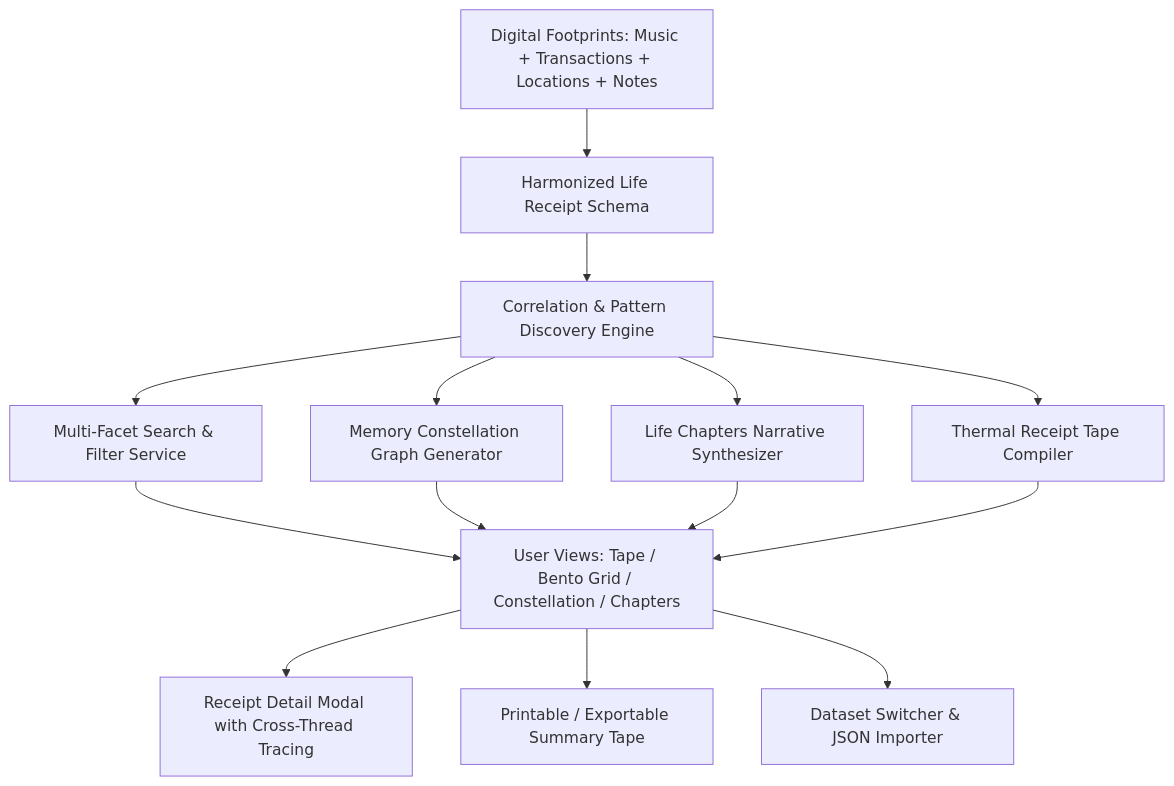
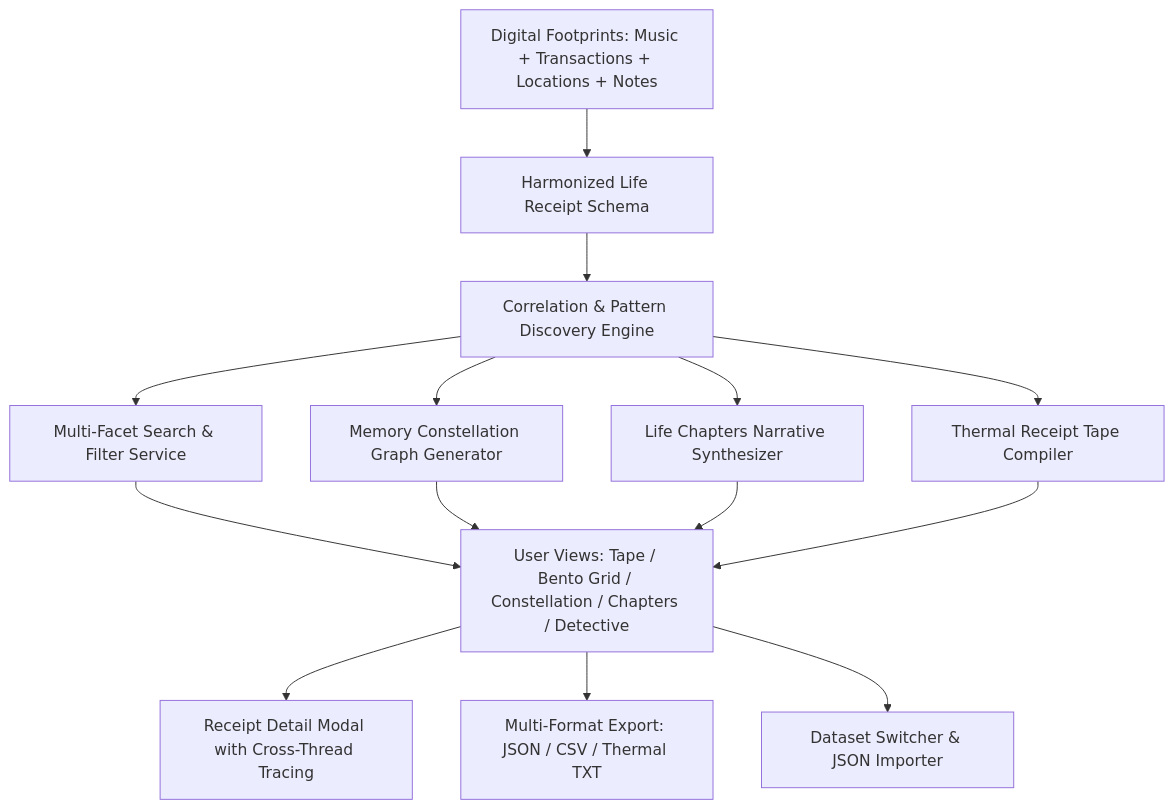
One commit to saad2134/life-receipts changed the diagram in README.md. Above: the diagram before and after it, drawn with Mermaid. The commit also changed other lines of this file and 29 other files, not shown here.

````diff
--- a/README.md
+++ b/README.md
@@ -31,18 +34,18 @@
 ```mermaid
 graph TD
     A[Digital Footprints: Music + Transactions + Locations + Notes] --> B[Harmonized Life Receipt Schema]
     B --> C[Correlation & Pattern Discovery Engine]
     C --> D[Multi-Facet Search & Filter Service]
     C --> E[Memory Constellation Graph Generator]
     C --> F[Life Chapters Narrative Synthesizer]
     C --> G[Thermal Receipt Tape Compiler]
     
-    D --> H[User Views: Tape / Bento Grid / Constellation / Chapters]
+    D --> H[User Views: Tape / Bento Grid / Constellation / Chapters / Detective]
     E --> H
     F --> H
     G --> H
     
     H --> I[Receipt Detail Modal with Cross-Thread Tracing]
-    H --> J[Printable / Exportable Summary Tape]
+    H --> J[Multi-Format Export: JSON / CSV / Thermal TXT]
     H --> K[Dataset Switcher & JSON Importer]
 ```
````
